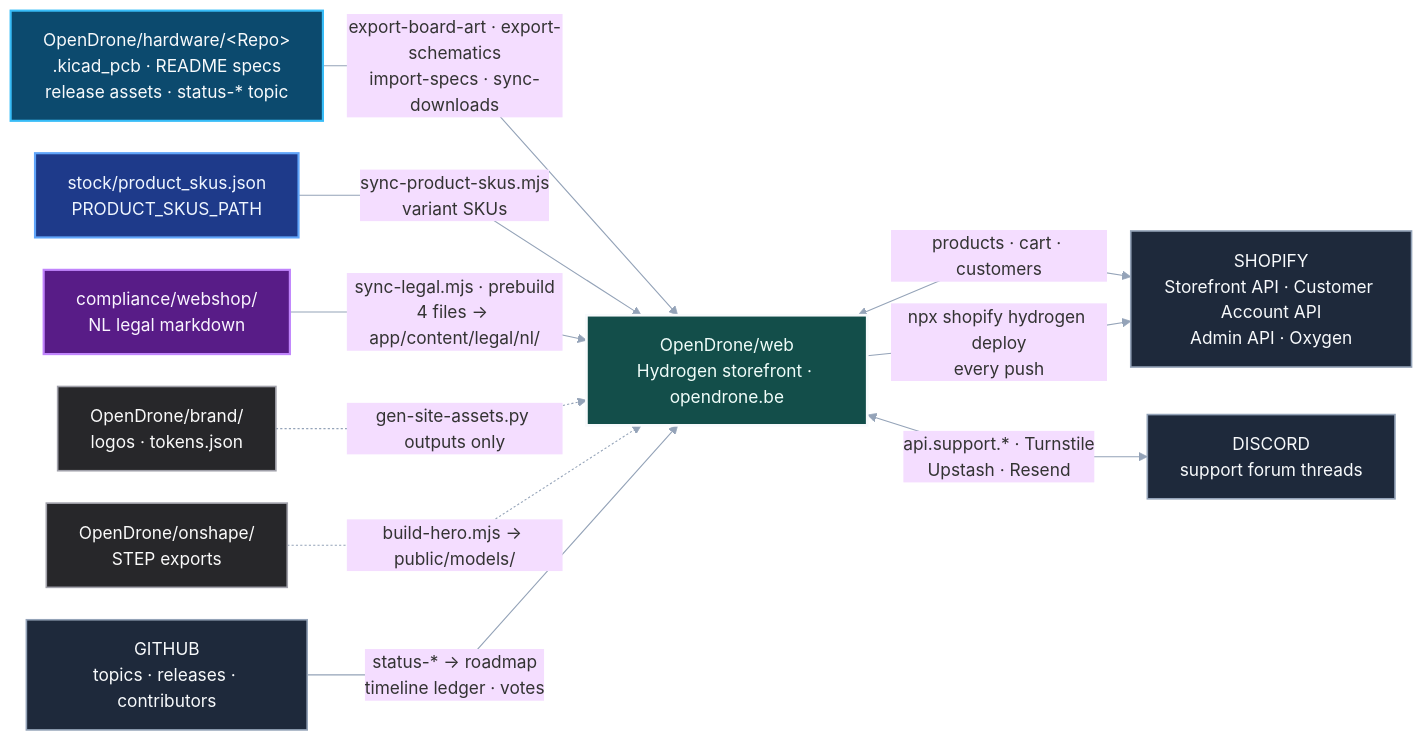
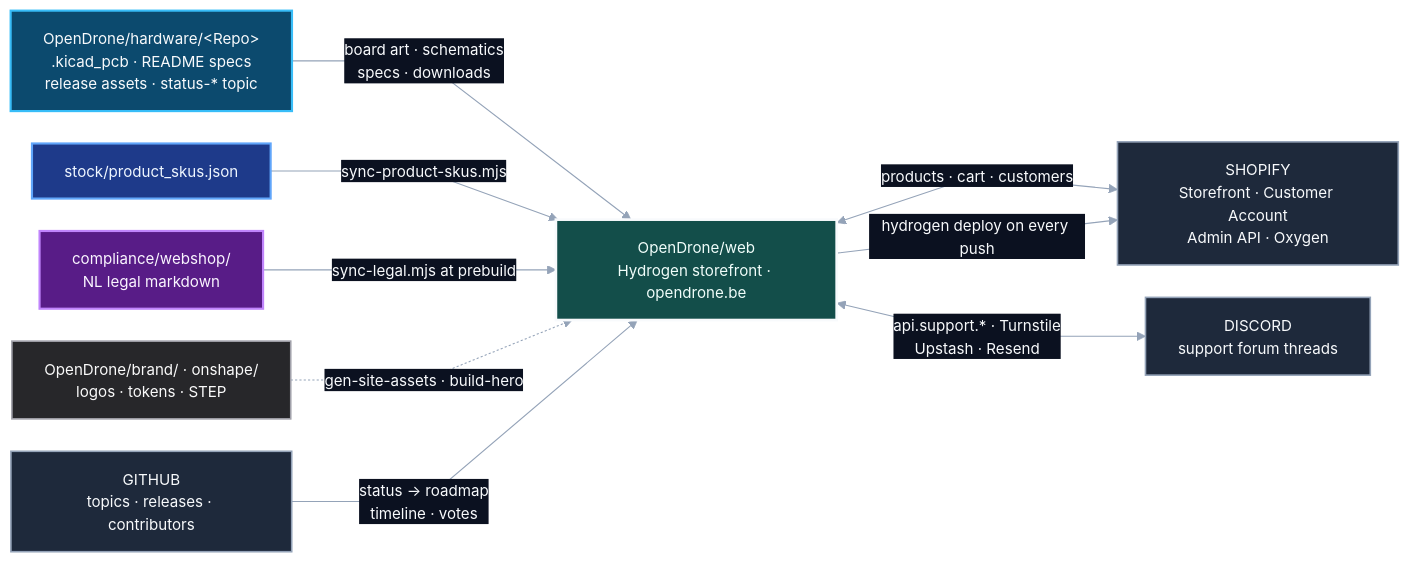
Before and after one commit to OpenDrone-hw/OpenDrone-Web: the first of 5 diagrams in OVERVIEW.md, drawn with Mermaid. The commit also changed other lines of this file, not shown here.

````diff
--- a/OVERVIEW.md
+++ b/OVERVIEW.md
@@ -5,37 +5,35 @@
 ```mermaid
-%%{init: {"theme": "base", "themeVariables": {"background": "#0b1120", "lineColor": "#94a3b8", "fontFamily": "Inter, ui-sans-serif, system-ui"}, "flowchart": {"curve": "linear", "nodeSpacing": 30, "rankSpacing": 44}}}%%
+%%{init: {"theme": "base", "themeVariables": {"background": "#0b1120", "lineColor": "#94a3b8", "primaryTextColor": "#f8fafc", "edgeLabelBackground": "#0b1120", "fontSize": "14px"}, "flowchart": {"curve": "linear", "nodeSpacing": 30, "rankSpacing": 60}}}%%
 flowchart LR
     HW["OpenDrone/hardware/&lt;Repo&gt;<br/>.kicad_pcb · README specs<br/>release assets · status-* topic"]
-    STK["stock/product_skus.json<br/>PRODUCT_SKUS_PATH"]
+    STK["stock/product_skus.json"]
     CMP["compliance/webshop/<br/>NL legal markdown"]
-    BR["OpenDrone/brand/<br/>logos · tokens.json"]
-    ON["OpenDrone/onshape/<br/>STEP exports"]
+    BR["OpenDrone/brand/ · onshape/<br/>logos · tokens · STEP"]
     WEB["OpenDrone/web<br/>Hydrogen storefront · opendrone.be"]
-    SHOP["SHOPIFY<br/>Storefront API · Customer Account API<br/>Admin API · Oxygen"]
+    SHOP["SHOPIFY<br/>Storefront · Customer Account<br/>Admin API · Oxygen"]
     GH["GITHUB<br/>topics · releases · contributors"]
     DSC["DISCORD<br/>support forum threads"]
 
-    HW -->|"export-board-art · export-schematics<br/>import-specs · sync-downloads"| WEB
-    STK -->|"sync-product-skus.mjs<br/>variant SKUs"| WEB
-    CMP -->|"sync-legal.mjs · prebuild<br/>4 files → app/content/legal/nl/"| WEB
-    BR -.->|"gen-site-assets.py outputs only"| WEB
-    ON -.->|"build-hero.mjs → public/models/"| WEB
+    HW -->|"board art · schematics<br/>specs · downloads"| WEB
+    STK -->|"sync-product-skus.mjs"| WEB
+    CMP -->|"sync-legal.mjs at prebuild"| WEB
+    BR -.->|"gen-site-assets · build-hero"| WEB
+    GH -->|"status → roadmap<br/>timeline · votes"| WEB
     WEB <-->|"products · cart · customers"| SHOP
-    WEB -->|"npx shopify hydrogen deploy<br/>every push"| SHOP
-    GH -->|"status-* → roadmap<br/>timeline ledger · votes"| WEB
+    WEB -->|"hydrogen deploy on every push"| SHOP
     WEB <-->|"api.support.* · Turnstile<br/>Upstash · Resend"| DSC
 
     classDef design fill:#0c4a6e,stroke:#38bdf8,color:#f8fafc,stroke-width:2px;
     classDef inventory fill:#1e3a8a,stroke:#60a5fa,color:#eff6ff,stroke-width:2px;
     classDef evidence fill:#581c87,stroke:#c084fc,color:#faf5ff,stroke-width:2px;
     classDef brand fill:#27272a,stroke:#a1a1aa,color:#fafafa,stroke-width:1.5px;
     classDef here fill:#134e4a,stroke:#f8fafc,color:#f0fdfa,stroke-width:2.5px;
     classDef external fill:#1e293b,stroke:#94a3b8,color:#f8fafc,stroke-width:1.5px;
 
     class HW design;
     class STK inventory;
     class CMP evidence;
-    class BR,ON brand;
+    class BR brand;
     class WEB here;
     class SHOP,GH,DSC external;
 ```
````
